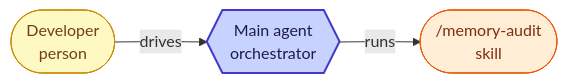
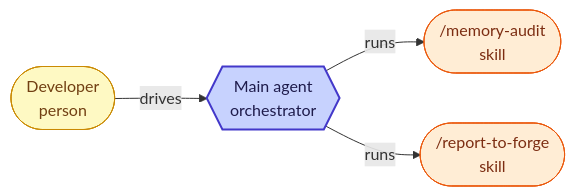
The seventh of 7 diagrams in docs/agent-architecture.md (misnaej/forge), drawn with Mermaid before and after one commit. The commit also changed other lines of this file and 5 other files, not shown here.

````diff
--- a/docs/agent-architecture.md
+++ b/docs/agent-architecture.md
@@ -379,20 +379,23 @@
 ```mermaid
 graph LR
   classDef person fill:#fef9c3,stroke:#ca8a04,color:#713f12
   classDef agent fill:#ede9fe,stroke:#7c3aed,color:#4c1d95
   classDef skill fill:#ffedd5,stroke:#ea580c,color:#7c2d12
   classDef hook fill:#fee2e2,stroke:#dc2626,color:#7f1d1d
   classDef cli fill:#dcfce7,stroke:#15803d,color:#14532d
   classDef policy fill:#f1f5f9,stroke:#64748b,color:#334155
   classDef orchestrator fill:#c7d2fe,stroke:#4338ca,color:#1e1b4b,stroke-width:2px
   classDef reporter stroke-dasharray:5 3
   classDef mutator stroke-width:3px
   human(["Developer<br/>person"])
   main_agent{{"Main agent<br/>orchestrator"}}
   human -->|drives| main_agent
   sk_memory_audit(["/memory-audit<br/>skill"])
   main_agent -->|runs| sk_memory_audit
+  sk_report_to_forge(["/report-to-forge<br/>skill"])
+  main_agent -->|runs| sk_report_to_forge
   class human person
   class main_agent orchestrator
   class sk_memory_audit skill
+  class sk_report_to_forge skill
 ```
````
